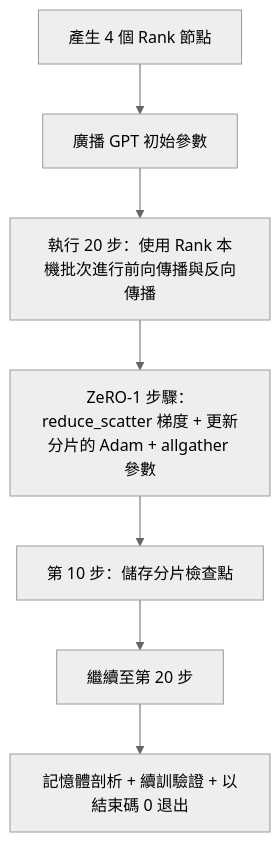
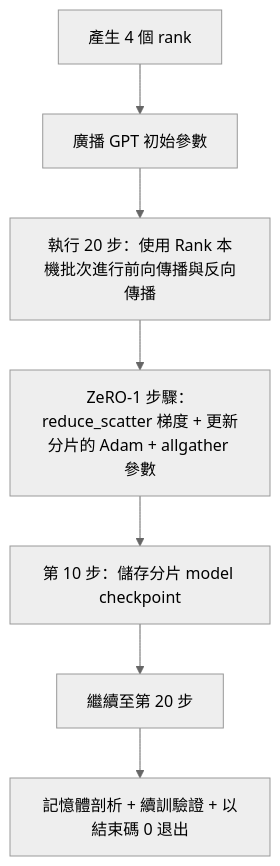
The diagram in i18n/zh-TW/phases/19-capstone-projects/81-end-to-end-distributed-train/docs/zh-TW.md (Sandeep-Presents/ai-engineering-from-scratch), drawn with Mermaid (neutral theme) before and after one commit. The commit also changed other lines of this file and 144 other files, not shown here.

````diff
--- a/i18n/zh-TW/phases/19-capstone-projects/81-end-to-end-distributed-train/docs/zh-TW.md
+++ b/i18n/zh-TW/phases/19-capstone-projects/81-end-to-end-distributed-train/docs/zh-TW.md
@@ -25,9 +25,9 @@
 ```mermaid
 flowchart TB
-  A[產生 4 個 Rank 節點] --> B[廣播 GPT 初始參數]
+  A[產生 4 個 rank] --> B[廣播 GPT 初始參數]
   B --> C[執行 20 步：使用 Rank 本機批次進行前向傳播與反向傳播]
   C --> D[ZeRO-1 步驟：reduce_scatter 梯度 + 更新分片的 Adam + allgather 參數]
-  D --> E[第 10 步：儲存分片檢查點]
+  D --> E[第 10 步：儲存分片 model checkpoint]
   E --> F[繼續至第 20 步]
   F --> G[記憶體剖析 + 續訓驗證 + 以結束碼 0 退出]
 ```
````
